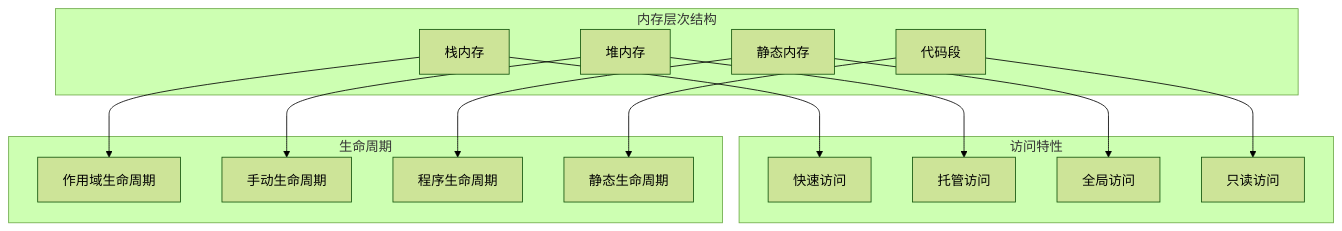
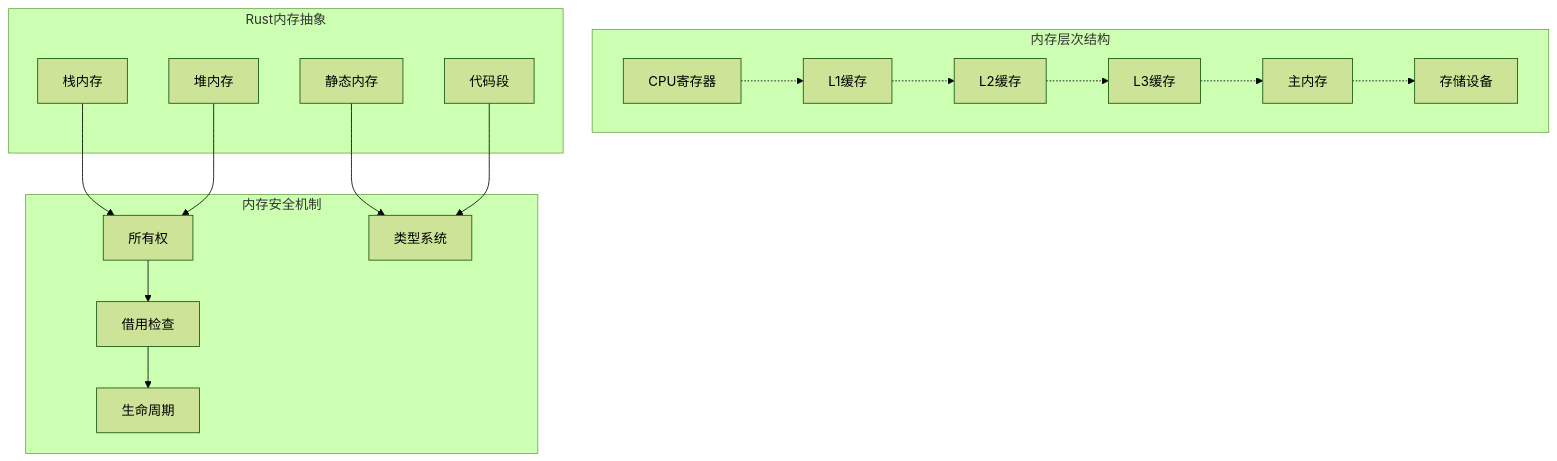
The first of 7 diagrams in formal_rust/refactor/01_core_theory/01_foundation_semantics/03_memory_model_semantics/01_memory_layout_semantics.md (martin-ly/rust-lang), drawn with Mermaid (forest theme) before and after one commit. The commit also changed other lines of this file and 14 other files, not shown here.

````diff
--- a/formal_rust/refactor/01_core_theory/01_foundation_semantics/03_memory_model_semantics/01_memory_layout_semantics.md
+++ b/formal_rust/refactor/01_core_theory/01_foundation_semantics/03_memory_model_semantics/01_memory_layout_semantics.md
@@ -22,35 +34,39 @@
 ```mermaid
 graph TB
     subgraph "内存层次结构"
+        CPU[CPU寄存器]
+        L1[L1缓存]
+        L2[L2缓存]
+        L3[L3缓存]
+        RAM[主内存]
+        Storage[存储设备]
+    end
+    
+    subgraph "Rust内存抽象"
         Stack[栈内存]
         Heap[堆内存]
         Static[静态内存]
         Code[代码段]
     end
     
-    subgraph "访问特性"
-        FastAccess[快速访问]
-        ManagedAccess[托管访问]
-        GlobalAccess[全局访问]
-        ReadOnlyAccess[只读访问]
+    subgraph "内存安全机制"
+        Ownership[所有权]
+        Borrowing[借用检查]
+        Lifetime[生命周期]
+        TypeSystem[类型系统]
     end
     
-    subgraph "生命周期"
-        ScopeLifetime[作用域生命周期]
-        ManualLifetime[手动生命周期]
-        ProgramLifetime[程序生命周期]
-        StaticLifetime[静态生命周期]
-    end
+    CPU -.-> L1
+    L1 -.-> L2
+    L2 -.-> L3
+    L3 -.-> RAM
+    RAM -.-> Storage
     
-    Stack --> FastAccess
-    Stack --> ScopeLifetime
+    Stack --> Ownership
+    Heap --> Ownership
+    Static --> TypeSystem
+    Code --> TypeSystem
     
-    Heap --> ManagedAccess
-    Heap --> ManualLifetime
-    
-    Static --> GlobalAccess
-    Static --> ProgramLifetime
-    
-    Code --> ReadOnlyAccess
-    Code --> StaticLifetime
+    Ownership --> Borrowing
+    Borrowing --> Lifetime
 ```
````
